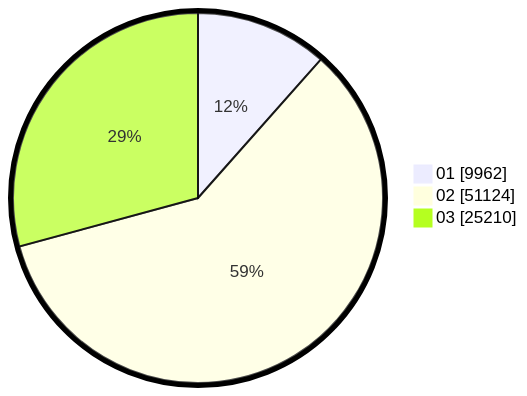
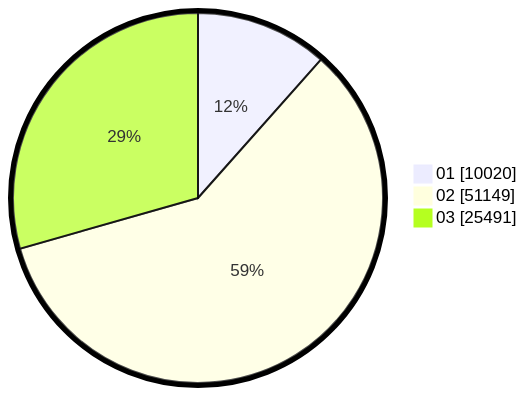
The second of 2 diagrams in pilpres/hitung-suara/sub/table-wilayah-92.md (gigit-pemilu/pemilu-2024), drawn with Mermaid before and after one commit. The commit also changed other lines of this file and 7 other files, not shown here.

````diff
--- a/pilpres/hitung-suara/sub/table-wilayah-92.md
+++ b/pilpres/hitung-suara/sub/table-wilayah-92.md
@@ -15,7 +15,7 @@
 ```mermaid
 %%{init: {"pie": {"textPosition": 0.5}, "themeVariables": {"pieOuterStrokeWidth": "5px"}} }%%
 pie showData
-    "01" : 9962
-    "02" : 51124
-    "03" : 25210
+    "01" : 10020
+    "02" : 51149
+    "03" : 25491
 ```
````
